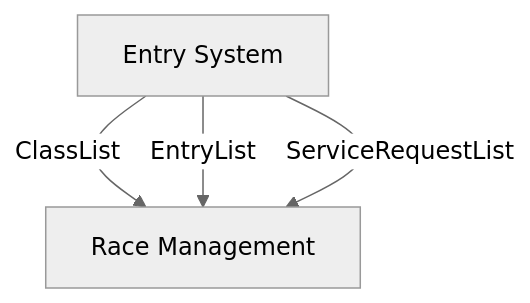
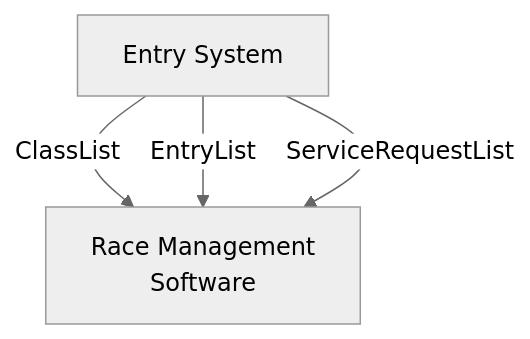
The third of 6 diagrams in FLOW.md (international-orienteering-federation/datastandard-v.next), drawn with Mermaid (neutral theme) before and after one commit. The commit also changed other lines of this file, not shown here.

````diff
--- a/FLOW.md
+++ b/FLOW.md
@@ -87,10 +87,10 @@
 ```mermaid
 
 flowchart TD
   ES[Entry System]
-
-  ES--ClassList-->RM[Race Management]
-  ES--EntryList-->RM[Race Management]
-  ES--ServiceRequestList-->RM[Race Management]
+RM[Race Management<br>Software]
+  ES--ClassList-->RM
+  ES--EntryList-->RM
+  ES--ServiceRequestList-->RM
 
 ```
````
